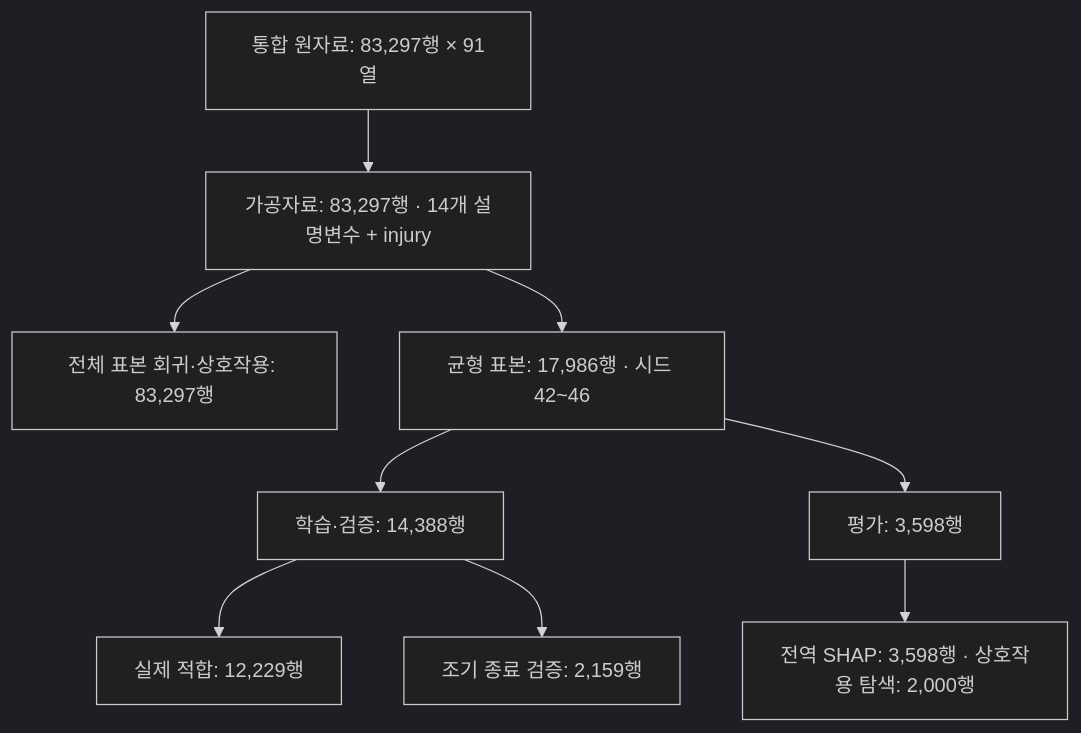
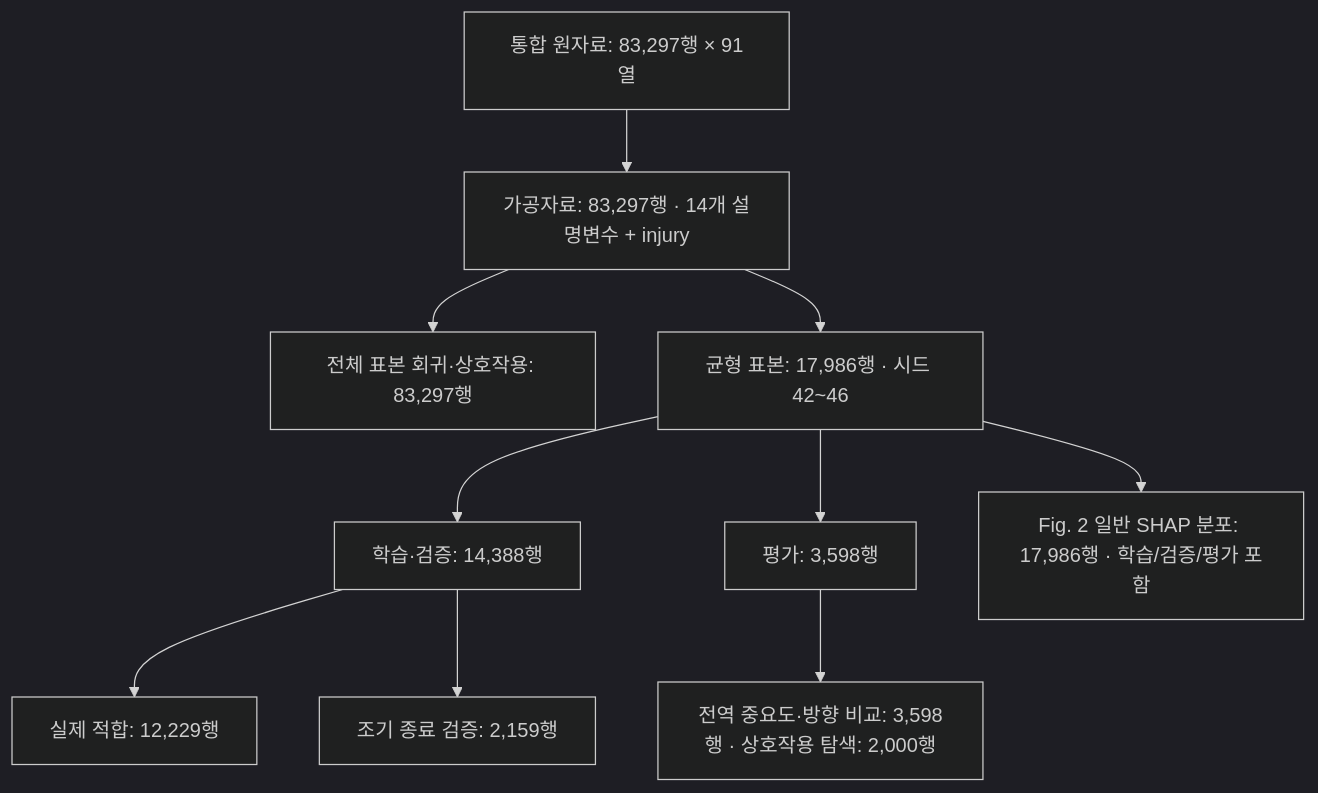
Before and after one commit to LSB-afk/APTE-: the diagram in docs/data_description.md, drawn with Mermaid (dark theme). The commit also changed other lines of this file and 37 other files, not shown here.

````diff
--- a/docs/data_description.md
+++ b/docs/data_description.md
@@ -162,11 +162,12 @@
 ```mermaid
 flowchart TD
     R["통합 원자료: 83,297행 × 91열"] --> P["가공자료: 83,297행 · 14개 설명변수 + injury"]
     P --> F["전체 표본 회귀·상호작용: 83,297행"]
     P --> B["균형 표본: 17,986행 · 시드 42~46"]
     B --> D["학습·검증: 14,388행"]
     B --> T["평가: 3,598행"]
     D --> A["실제 적합: 12,229행"]
     D --> V["조기 종료 검증: 2,159행"]
-    T --> S["전역 SHAP: 3,598행 · 상호작용 탐색: 2,000행"]
+    B --> G["Fig. 2 일반 SHAP 분포: 17,986행 · 학습/검증/평가 포함"]
+    T --> S["전역 중요도·방향 비교: 3,598행 · 상호작용 탐색: 2,000행"]
 ```
````
